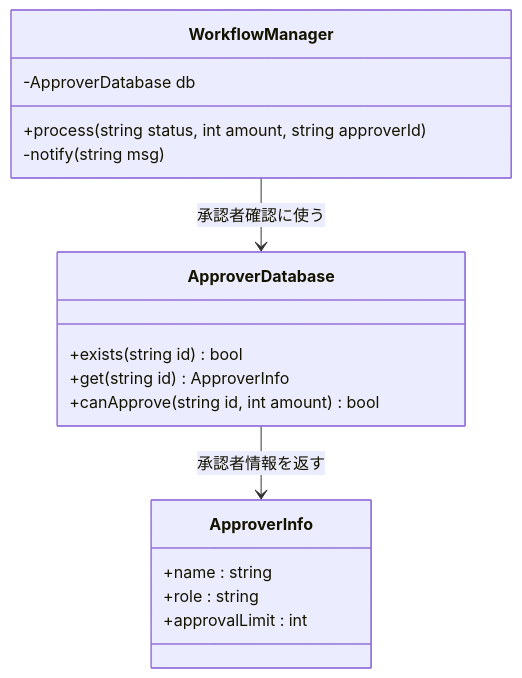
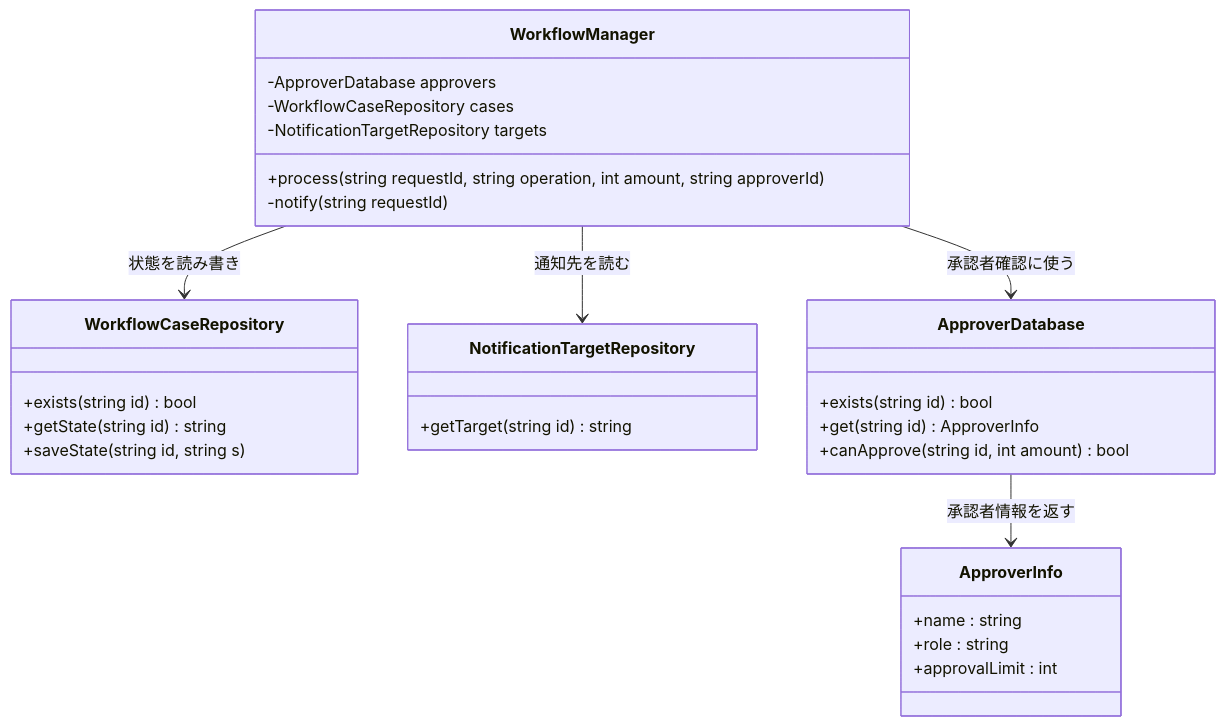
The fourth of 16 diagrams in kindle/design-patterns/output/chapter12.md (kumachan1101-pixel/DesignPattern), drawn with Mermaid before and after one commit. The commit also changed other lines of this file, not shown here.

Commit message:
fix(ch12/D-1,D-2): 1-4現状コードを仕様図に整合。WorkflowCaseRepository/NotificationTargetRepositoryを導入し、process(申請ID,操作,金額,承認者ID)で保存済み状態を読む形へ。状態語彙を日本語(作成中/審査待ち/完了)に統一。1-2動作例・1-3クラス図/表・手元で動かすにはも更新。コンパイル・出力一致を検証

````diff
--- a/kindle/design-patterns/output/chapter12.md
+++ b/kindle/design-patterns/output/chapter12.md
@@ -196,20 +200,32 @@
 ```mermaid
 classDiagram
     class WorkflowManager {
-        -ApproverDatabase db
-        +process(string status, int amount, string approverId)
-        -notify(string msg)
+        -ApproverDatabase approvers
+        -WorkflowCaseRepository cases
+        -NotificationTargetRepository targets
+        +process(string requestId, string operation, int amount, string approverId)
+        -notify(string requestId)
+    }
+    class WorkflowCaseRepository {
+        +exists(string id) bool
+        +getState(string id) string
+        +saveState(string id, string s)
+    }
+    class NotificationTargetRepository {
+        +getTarget(string id) string
     }
     class ApproverDatabase {
         +exists(string id) bool
         +get(string id) ApproverInfo
         +canApprove(string id, int amount) bool
     }
     class ApproverInfo {
         +name : string
         +role : string
         +approvalLimit : int
     }
+    WorkflowManager --> WorkflowCaseRepository : 状態を読み書き
+    WorkflowManager --> NotificationTargetRepository : 通知先を読む
     WorkflowManager --> ApproverDatabase : 承認者確認に使う
     ApproverDatabase --> ApproverInfo : 承認者情報を返す
 ```
````
